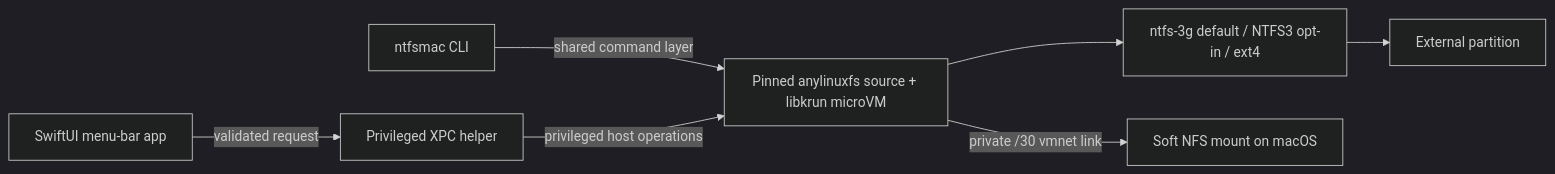
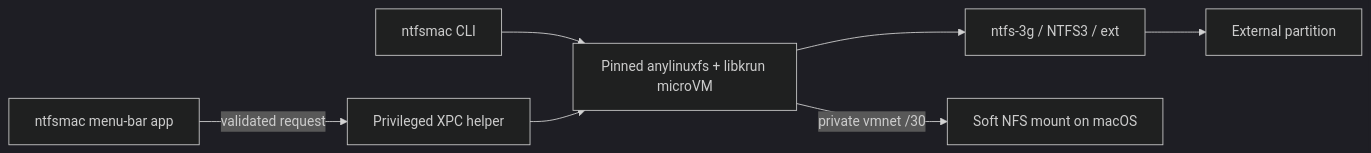
The diagram in README.md (BinaryBearsLLC/ntfsmac), drawn with Mermaid (dark theme) before and after one commit. The commit also changed other lines of this file and 13 other files, not shown here.

````diff
--- a/README.md
+++ b/README.md
@@ -187,17 +101,9 @@
 ```mermaid
 flowchart LR
-    UI["SwiftUI menu-bar app"]
-    CLI["ntfsmac CLI"]
-    Helper["Privileged XPC helper"]
-    VM["Pinned anylinuxfs source + libkrun microVM"]
-    FS["ntfs-3g default / NTFS3 opt-in / ext4"]
-    NFS["Soft NFS mount on macOS"]
-    Disk["External partition"]
-
-    UI -->|validated request| Helper
-    CLI -->|shared command layer| VM
-    Helper -->|privileged host operations| VM
-    VM --> FS
-    FS --> Disk
-    VM -->|private /30 vmnet link| NFS
+    UI["ntfsmac menu-bar app"] -->|validated request| Helper["Privileged XPC helper"]
+    CLI["ntfsmac CLI"] --> Runtime["Pinned anylinuxfs + libkrun microVM"]
+    Helper --> Runtime
+    Runtime --> Driver["ntfs-3g / NTFS3 / ext"]
+    Driver --> Disk["External partition"]
+    Runtime -->|private vmnet /30| NFS["Soft NFS mount on macOS"]
 ```
````
